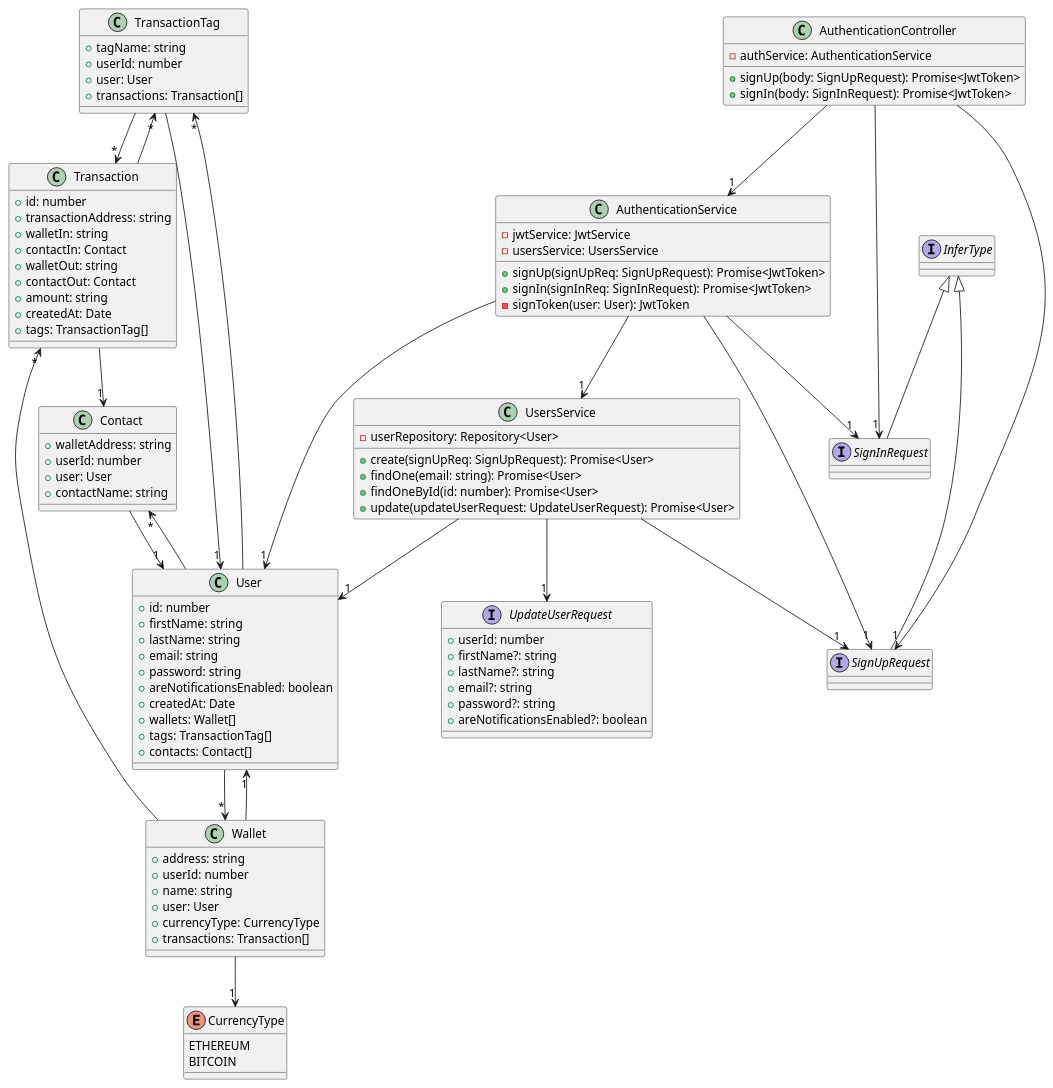
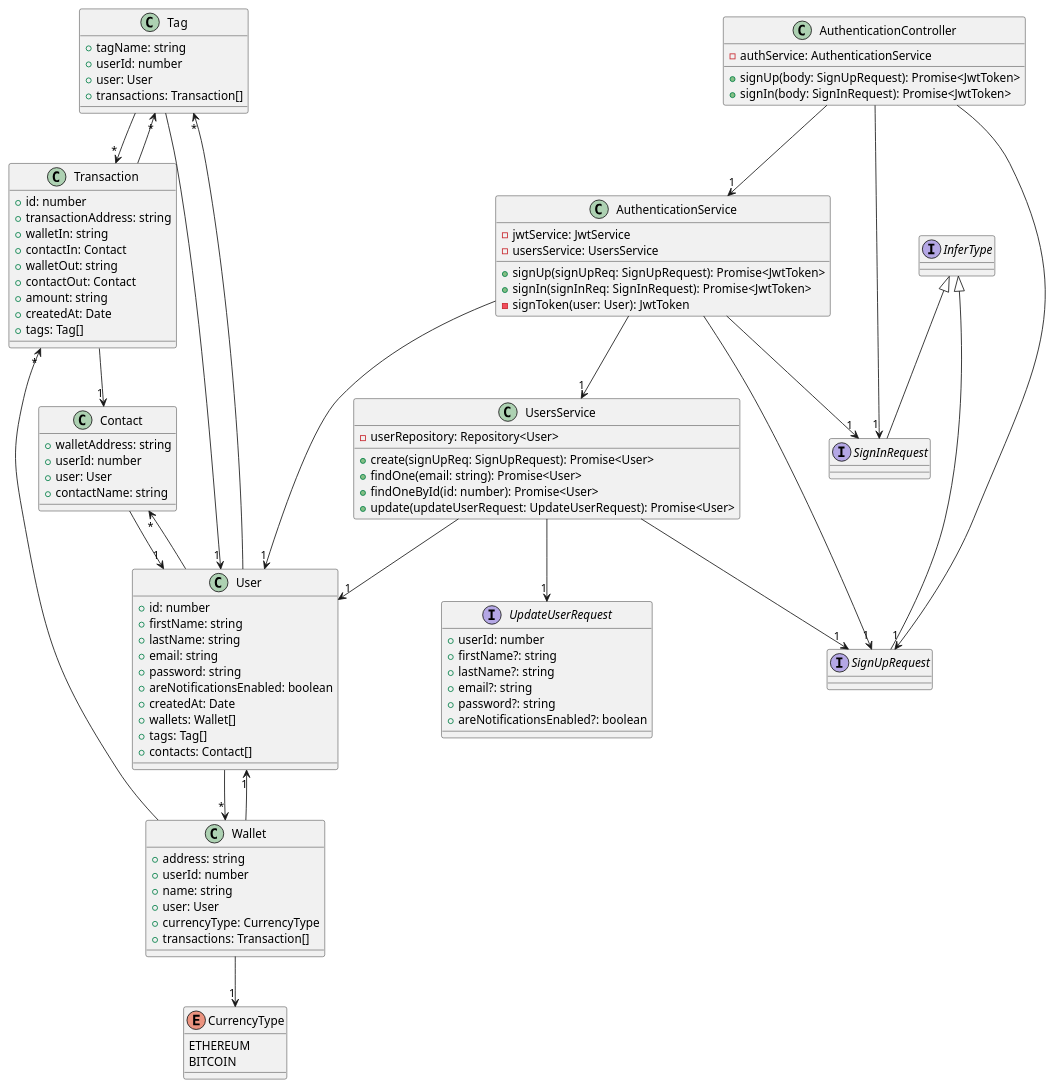
One commit to SOEN-490-Capstone/Cryptify changed the diagram in packages/docs/diagrams/class_diagram_api_authentication.puml. Above: the diagram before and after it, drawn with PlantUML. The commit also changed 21 other files, not shown here.

Commit message:
Update class diagrams

```diff
--- a/packages/docs/diagrams/class_diagram_api_authentication.puml
+++ b/packages/docs/diagrams/class_diagram_api_authentication.puml
@@ -1,99 +1,99 @@
 @startuml
-class TransactionTag {
+class Tag {
     +tagName: string
     +userId: number
     +user: User
     +transactions: Transaction[]
 }
 class Contact {
     +walletAddress: string
     +userId: number
     +user: User
     +contactName: string
 }
 class Transaction {
     +id: number
     +transactionAddress: string
     +walletIn: string
     +contactIn: Contact
     +walletOut: string
     +contactOut: Contact
     +amount: string
     +createdAt: Date
-    +tags: TransactionTag[]
+    +tags: Tag[]
 }
 enum CurrencyType {
     ETHEREUM
     BITCOIN
 }
 class Wallet {
     +address: string
     +userId: number
     +name: string
     +user: User
     +currencyType: CurrencyType
     +transactions: Transaction[]
 }
 class User {
     +id: number
     +firstName: string
     +lastName: string
     +email: string
     +password: string
     +areNotificationsEnabled: boolean
     +createdAt: Date
     +wallets: Wallet[]
-    +tags: TransactionTag[]
+    +tags: Tag[]
     +contacts: Contact[]
 }
 interface SignUpRequest extends InferType
 interface UpdateUserRequest {
     +userId: number
     +firstName?: string
     +lastName?: string
     +email?: string
     +password?: string
     +areNotificationsEnabled?: boolean
 }
 class UsersService {
     -userRepository: Repository<User>
     +create(signUpReq: SignUpRequest): Promise<User>
     +findOne(email: string): Promise<User>
     +findOneById(id: number): Promise<User>
     +update(updateUserRequest: UpdateUserRequest): Promise<User>
 }
 interface SignInRequest extends InferType
 class AuthenticationService {
     -jwtService: JwtService
     -usersService: UsersService
     +signUp(signUpReq: SignUpRequest): Promise<JwtToken>
     +signIn(signInReq: SignInRequest): Promise<JwtToken>
     -signToken(user: User): JwtToken
 }
 class AuthenticationController {
     -authService: AuthenticationService
     +signUp(body: SignUpRequest): Promise<JwtToken>
     +signIn(body: SignInRequest): Promise<JwtToken>
 }
-TransactionTag --> "1" User
-TransactionTag --> "*" Transaction
+Tag --> "1" User
+Tag --> "*" Transaction
 Contact --> "1" User
 Transaction --> "1" Contact
-Transaction --> "*" TransactionTag
+Transaction --> "*" Tag
 Wallet --> "1" User
 Wallet --> "1" CurrencyType
 Wallet --> "*" Transaction
 User --> "*" Wallet
-User --> "*" TransactionTag
+User --> "*" Tag
 User --> "*" Contact
 UsersService --> "1" User
 UsersService --> "1" SignUpRequest
 UsersService --> "1" UpdateUserRequest
 AuthenticationService --> "1" UsersService
 AuthenticationService --> "1" SignUpRequest
 AuthenticationService --> "1" SignInRequest
 AuthenticationService --> "1" User
 AuthenticationController --> "1" AuthenticationService
 AuthenticationController --> "1" SignUpRequest
 AuthenticationController --> "1" SignInRequest
 @enduml
```
